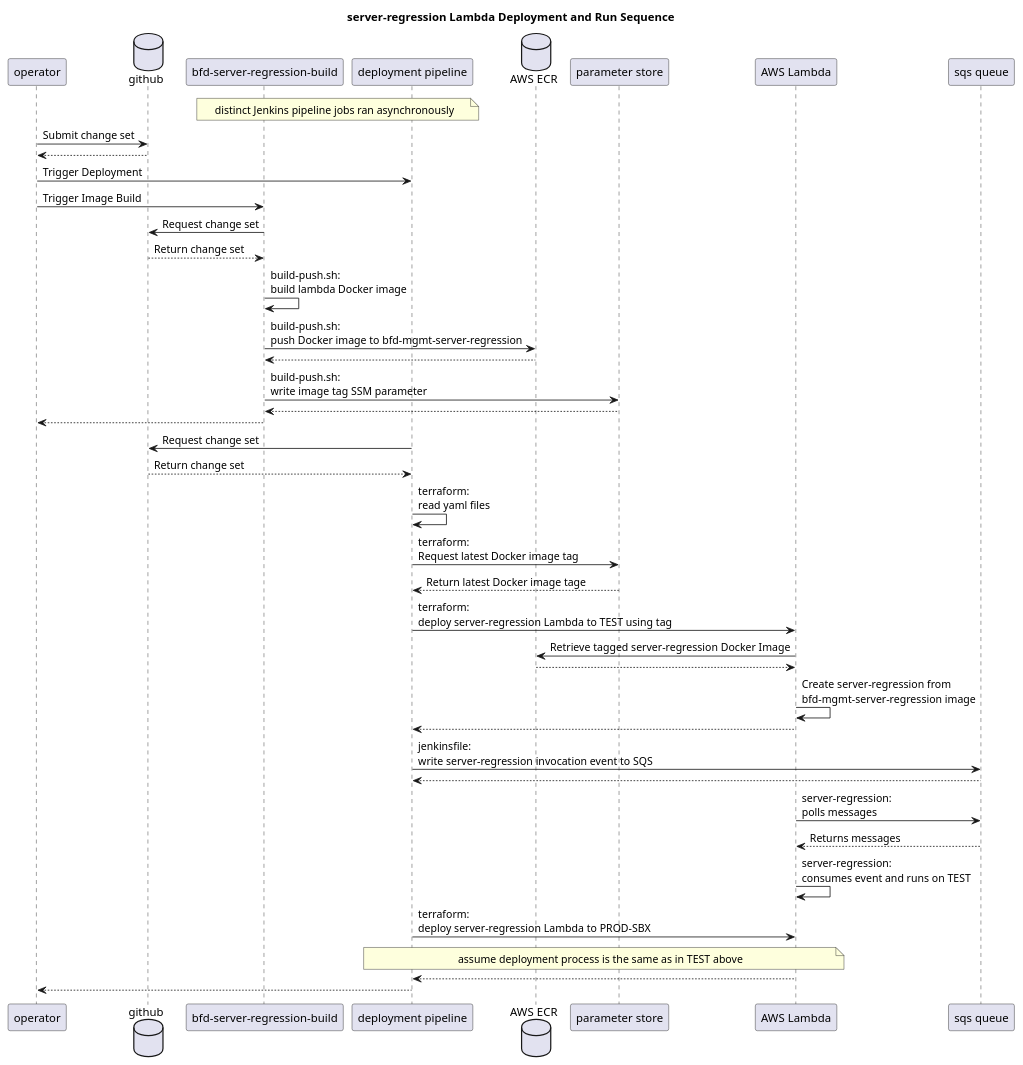
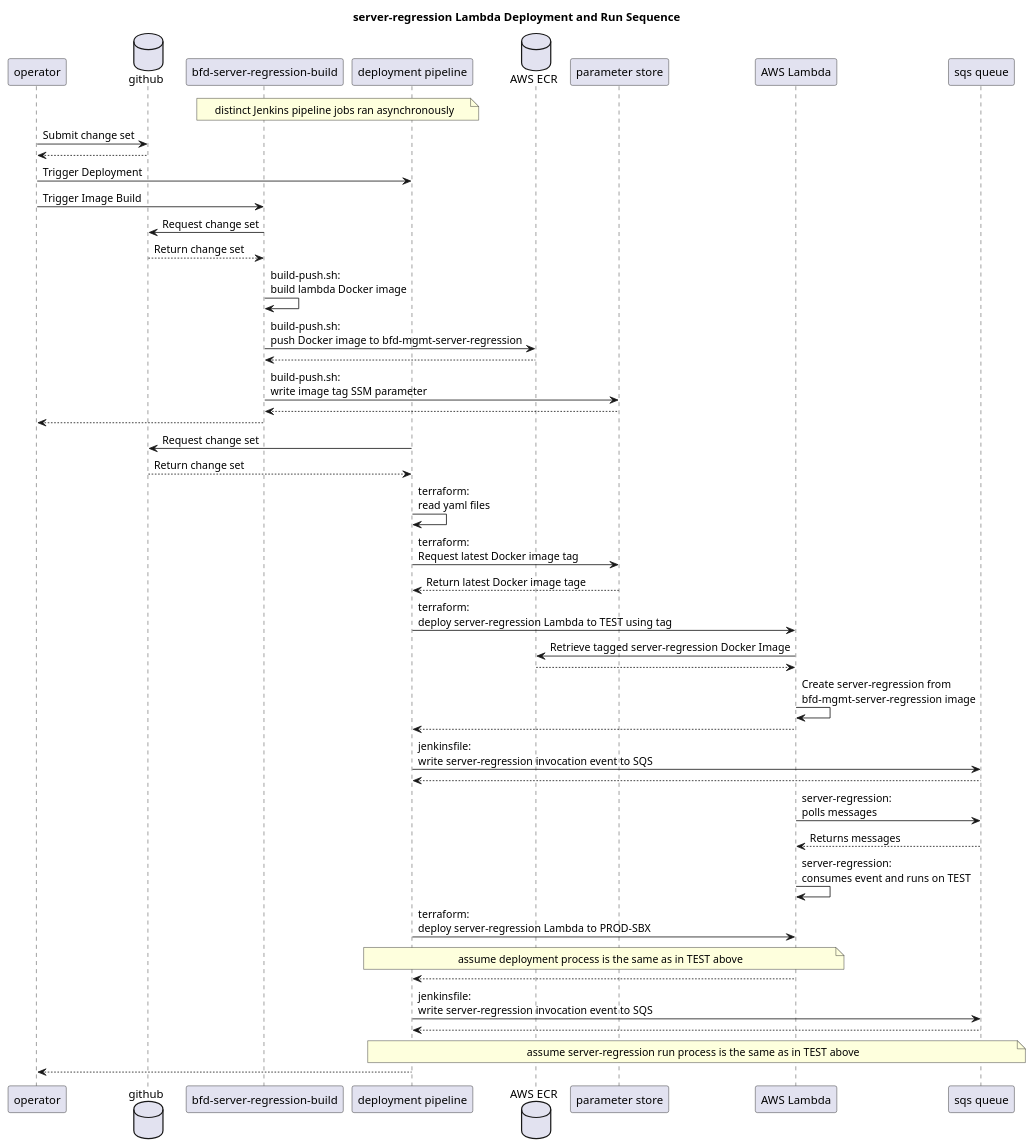
The diagram in ops/terraform/services/server/server-regression/docs/server-regression.plantuml (CMSgov/beneficiary-fhir-data), drawn with PlantUML before and after one commit. The commit also changed 1 other file, not shown here.

Commit message:
Add additional detail to server-regression diagram about running lambda in prod-sbx

```diff
--- a/ops/terraform/services/server/server-regression/docs/server-regression.plantuml
+++ b/ops/terraform/services/server/server-regression/docs/server-regression.plantuml
@@ -1,43 +1,46 @@
 @startuml server-regression
 title server-regression Lambda Deployment and Run Sequence
 participant operator
 database "github"
 participant "bfd-server-regression-build"
 participant "deployment pipeline"
 database "AWS ECR"
 participant "parameter store"
 participant "AWS Lambda"
 participant "sqs queue"
 note over "bfd-server-regression-build","deployment pipeline": distinct Jenkins pipeline jobs ran asynchronously
 operator -> github: Submit change set
 github --> operator
 operator -> "deployment pipeline": Trigger Deployment
 operator -> "bfd-server-regression-build": Trigger Image Build
 "bfd-server-regression-build" -> github: Request change set
 github --> "bfd-server-regression-build": Return change set
 "bfd-server-regression-build" -> "bfd-server-regression-build": build-push.sh:\nbuild lambda Docker image
 "bfd-server-regression-build" -> "AWS ECR": build-push.sh:\npush Docker image to bfd-mgmt-server-regression
 "AWS ECR" --> "bfd-server-regression-build"
 "bfd-server-regression-build" -> "parameter store": build-push.sh:\nwrite image tag SSM parameter
 "parameter store" --> "bfd-server-regression-build" 
 "bfd-server-regression-build" --> operator
 "deployment pipeline" -> github: Request change set
 github --> "deployment pipeline": Return change set
 "deployment pipeline" -> "deployment pipeline": terraform:\nread yaml files
 "deployment pipeline" -> "parameter store": terraform:\nRequest latest Docker image tag
 "parameter store" --> "deployment pipeline": Return latest Docker image tage
 "deployment pipeline" -> "AWS Lambda": terraform:\ndeploy server-regression Lambda to TEST using tag
 "AWS Lambda" -> "AWS ECR": Retrieve tagged server-regression Docker Image
 "AWS ECR" --> "AWS Lambda"
 "AWS Lambda" -> "AWS Lambda": Create server-regression from\nbfd-mgmt-server-regression image
 "AWS Lambda" --> "deployment pipeline"
 "deployment pipeline" -> "sqs queue": jenkinsfile:\nwrite server-regression invocation event to SQS
 "sqs queue" --> "deployment pipeline"
 "AWS Lambda" -> "sqs queue":server-regression:\npolls messages
 "sqs queue" --> "AWS Lambda":Returns messages
 "AWS Lambda" -> "AWS Lambda":server-regression:\nconsumes event and runs on TEST
 "deployment pipeline" -> "AWS Lambda": terraform:\ndeploy server-regression Lambda to PROD-SBX
 note over "deployment pipeline", "AWS Lambda": assume deployment process is the same as in TEST above
 "AWS Lambda" --> "deployment pipeline"
+"deployment pipeline" -> "sqs queue": jenkinsfile:\nwrite server-regression invocation event to SQS
+"sqs queue" --> "deployment pipeline"
+note over "deployment pipeline", "sqs queue": assume server-regression run process is the same as in TEST above
 "deployment pipeline" --> operator
 @enduml
```
